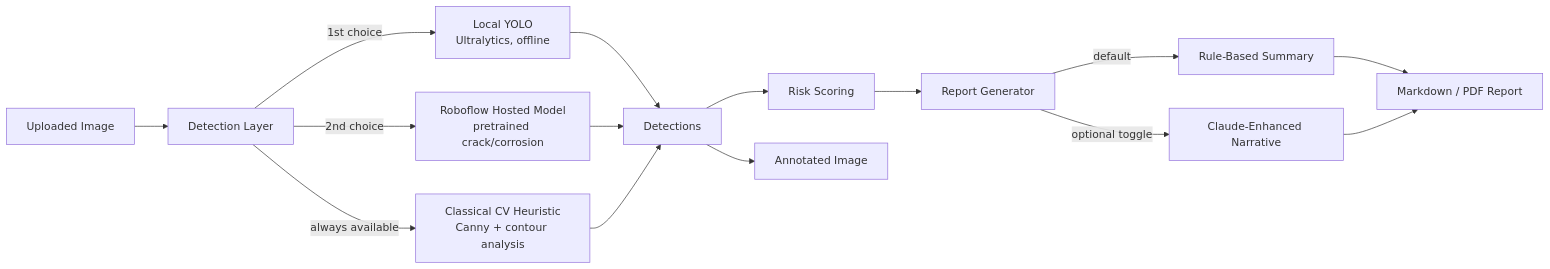
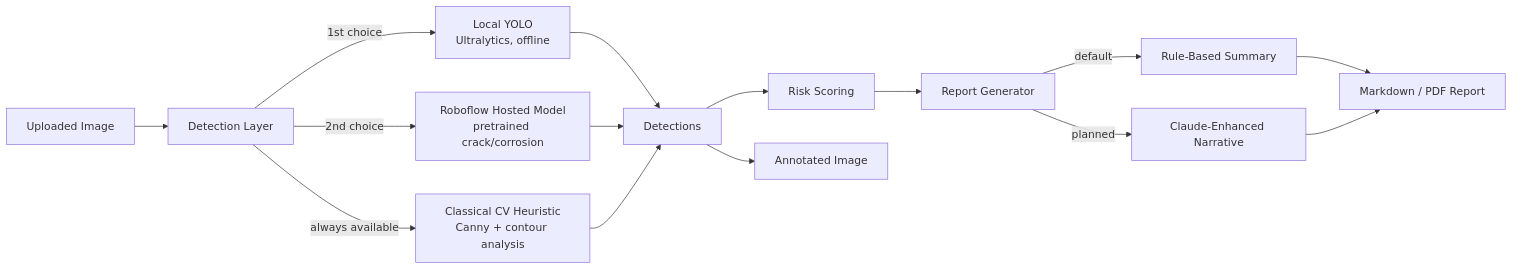
The diagram in README.md (Shahwar98/visioninspect_ai), drawn with Mermaid before and after one commit. The commit also changed other lines of this file and 1 other file, not shown here.

````diff
--- a/README.md
+++ b/README.md
@@ -21,17 +23,17 @@
 ```mermaid
 flowchart LR
     A[Uploaded Image] --> B[Detection Layer]
     B -->|1st choice| C[Local YOLO<br/>Ultralytics, offline]
     B -->|2nd choice| D[Roboflow Hosted Model<br/>pretrained crack/corrosion]
     B -->|always available| E[Classical CV Heuristic<br/>Canny + contour analysis]
     C --> F[Detections]
     D --> F
     E --> F
     F --> G[Risk Scoring]
     G --> H[Report Generator]
     H -->|default| I[Rule-Based Summary]
-    H -->|optional toggle| J[Claude-Enhanced Narrative]
+    H -->|planned| J[Claude-Enhanced Narrative]
     I --> K[Markdown / PDF Report]
     J --> K
     F --> L[Annotated Image]
 ```
````
